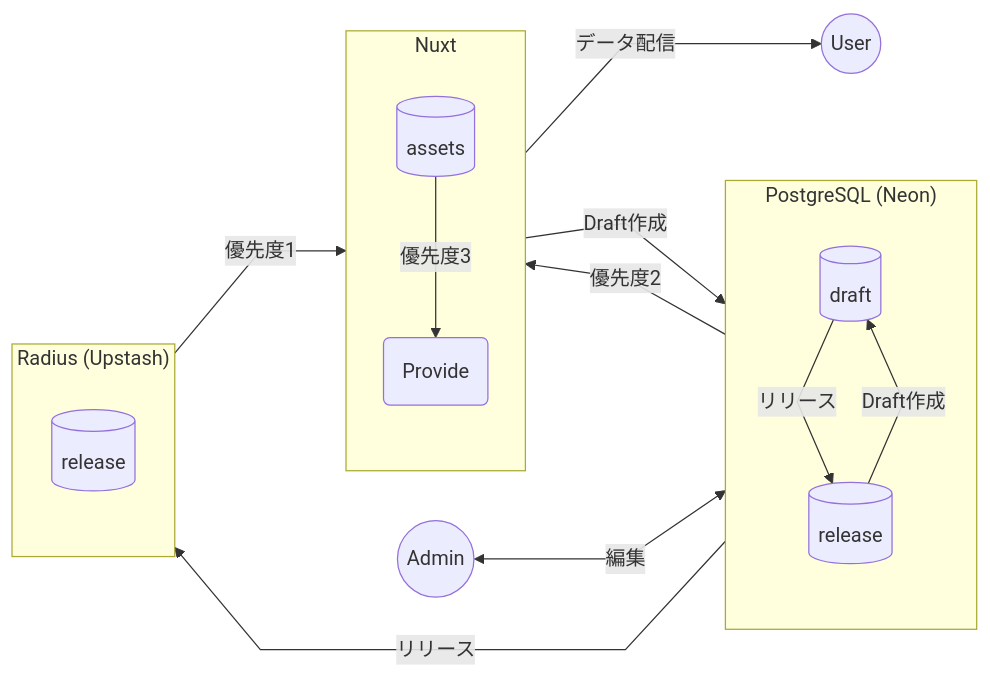
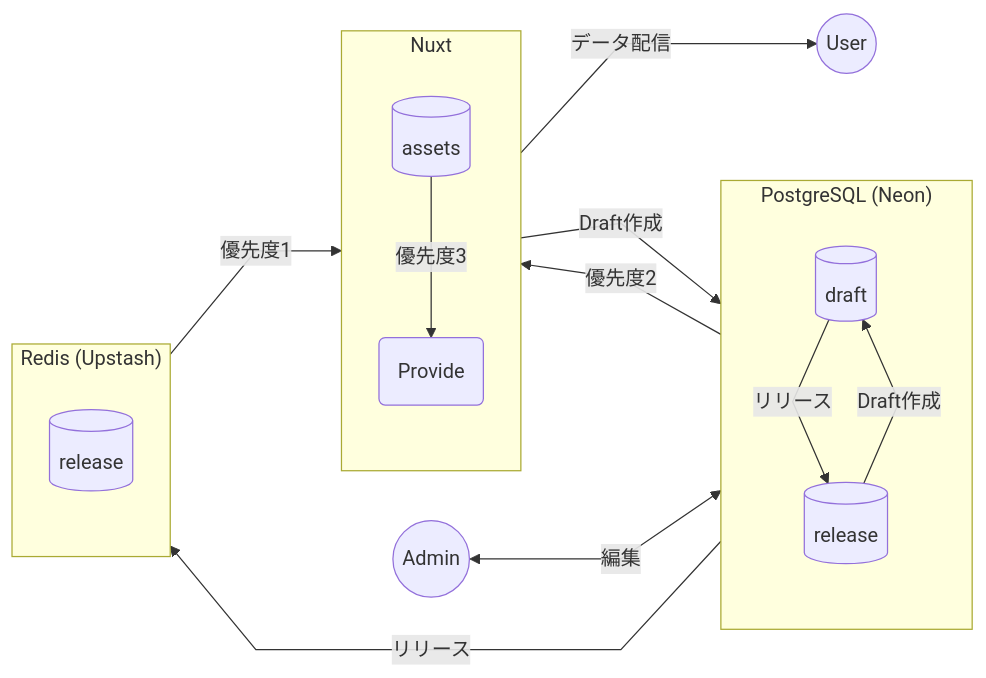
The first of 2 diagrams in Backend.md (nishi-developers/SchoolMaps), drawn with Mermaid before and after one commit. The commit also changed 5 other files, not shown here.

````diff
--- a/Backend.md
+++ b/Backend.md
@@ -12,39 +12,39 @@
 ```mermaid
 %%{ init: { "flowchart": { "curve": "linear", "nodeSpacing": 40, "rankSpacing": 80 } } }%%
 flowchart LR
 
 %% セクション
 subgraph Nuxt
   direction TB
   N_assets[(assets)]
   N_provider(Provide)
 end
 
 subgraph DB["PostgreSQL (Neon)"]
   direction TB
   D_draft[(draft)]
   D_release[(release)]
 end
 
-subgraph Radius["Radius (Upstash)"]
+subgraph Redis["Redis (Upstash)"]
   direction TB
   R_release[(release)]
 end
 
 %% 外部
 U((User))
 A((Admin))
 
 %% フロー
 N_assets --Draft作成--> D_draft
 D_release --Draft作成--> D_draft 
 D_draft --リリース--> D_release
 D_draft --リリース--> R_release
 
 R_release --優先度1--> N_provider
 D_release --優先度2--> N_provider
 N_assets --優先度3--> N_provider
 N_provider --データ配信--> U
 
 A <--編集--> D_draft
 ```
````
